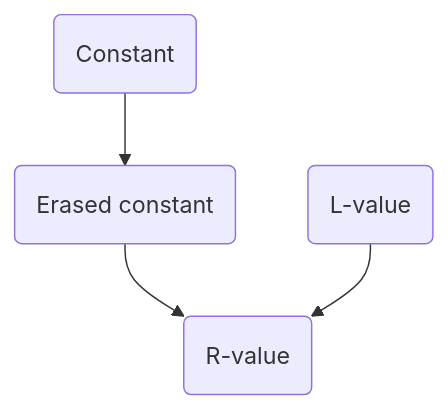
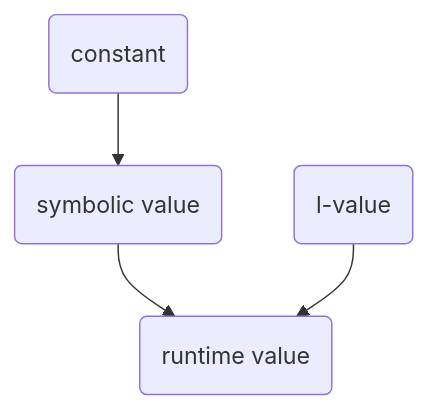
One commit to carbon-language/carbon-lang changed the diagram in docs/design/README.md. Above: the diagram before and after it, drawn with Mermaid. The commit also changed other lines of this file, not shown here.

````diff
--- a/docs/design/README.md
+++ b/docs/design/README.md
@@ -403,5 +415,5 @@
 ```mermaid
 graph TD;
-    A(Constant)-->B(Erased constant)-->C(R-value);
-    D(L-value)-->C;
+    A(constant)-->B(symbolic value)-->C(runtime value);
+    D(l-value)-->C;
 ```
````
